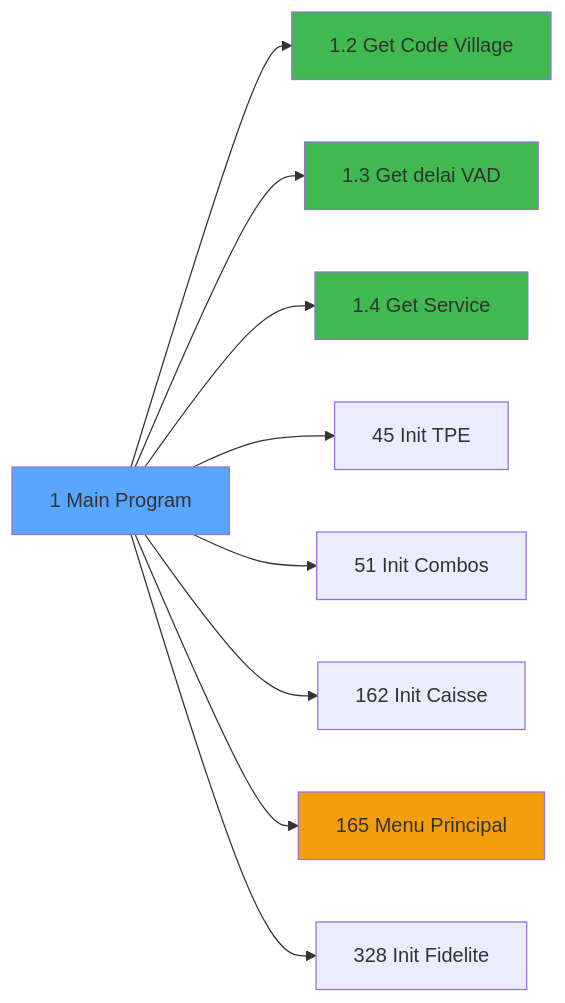
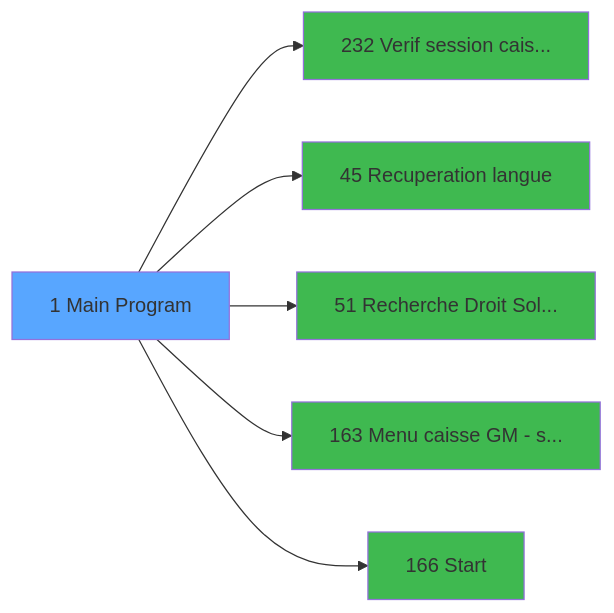
The third of 3 diagrams in .openspec/specs/ADH-IDE-1.md (thonyAGP/magic-migration), drawn with Mermaid before and after one commit. The commit also changed other lines of this file and 493 other files, not shown here.

````diff
--- a/.openspec/specs/ADH-IDE-1.md
+++ b/.openspec/specs/ADH-IDE-1.md
@@ -226,27 +693,20 @@
 ```mermaid
 graph LR
-    MAIN[1 Main Program]
-    T2[1.2 Get Code Village]
-    T3[1.3 Get delai VAD]
-    T4[1.4 Get Service]
-    P45[45 Init TPE]
-    P51[51 Init Combos]
-    P162[162 Init Caisse]
-    P165[165 Menu Principal]
-    P328[328 Init Fidelite]
-
-    MAIN --> T2
-    MAIN --> T3
-    MAIN --> T4
-    MAIN --> P45
-    MAIN --> P51
-    MAIN --> P162
-    MAIN --> P165
-    MAIN --> P328
-
-    style MAIN fill:#58a6ff
-    style T2 fill:#3fb950
-    style T3 fill:#3fb950
-    style T4 fill:#3fb950
-    style P165 fill:#f59e0b
+    T1[1 Main Program]
+    style T1 fill:#58a6ff
+    C232[232 Verif session cais...]
+    T1 --> C232
+    style C232 fill:#3fb950
+    C45[45 Recuperation langue]
+    T1 --> C45
+    style C45 fill:#3fb950
+    C51[51 Recherche Droit Sol...]
+    T1 --> C51
+    style C51 fill:#3fb950
+    C163[163 Menu caisse GM - s...]
+    T1 --> C163
+    style C163 fill:#3fb950
+    C166[166 Start]
+    T1 --> C166
+    style C166 fill:#3fb950
 ```
````
